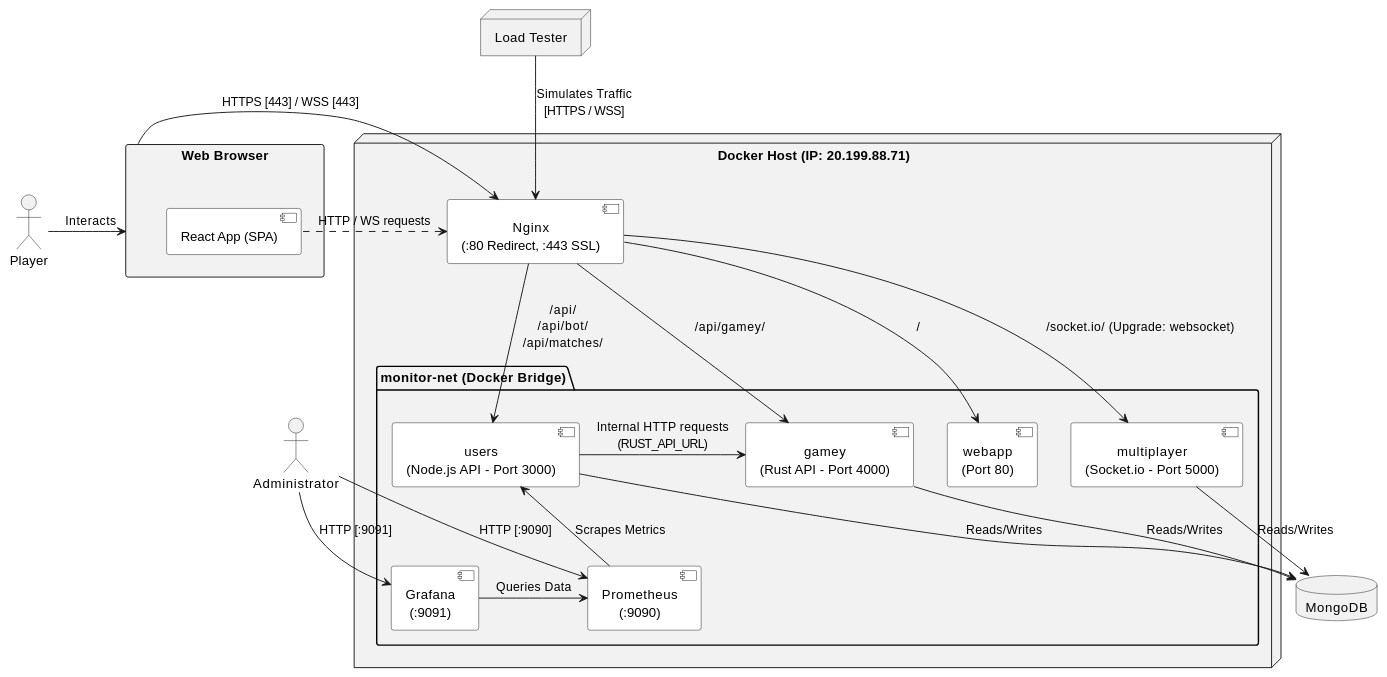
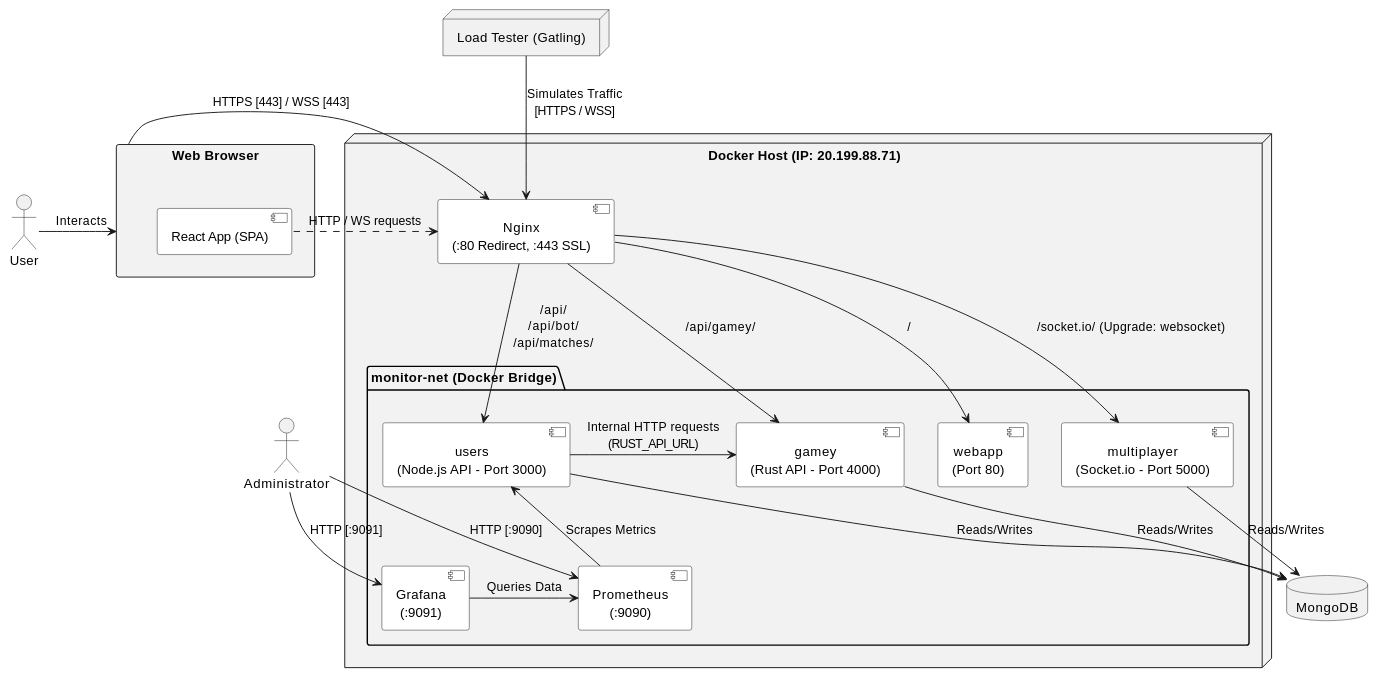
The second of 2 diagrams in docs/src/03_context_and_scope.adoc (Arquisoft/yovi_es1a), drawn with PlantUML before and after one commit. The commit also changed other lines of this file, not shown here.

```diff
--- a/docs/src/03_context_and_scope.adoc
+++ b/docs/src/03_context_and_scope.adoc
@@ -75,55 +75,55 @@
 [plantuml]
 ----
 @startuml
 skinparam componentStyle uml2
 skinparam componentBackgroundColor white
 skinparam packageBackgroundColor #F2F2F2
 skinparam defaultTextAlignment center
 
-actor "Player" as player
+actor "User" as user
 actor "Administrator" as admin
-node "Load Tester" as gatling
+node "Load Tester (Gatling)" as gatling
 
 rectangle "Web Browser" as browser {
     component "React App (SPA)" as spa
 }
 
 node "Docker Host (IP: 20.199.88.71)" {
     component "Nginx\n(:80 Redirect, :443 SSL)" as nginx
     
     package "monitor-net (Docker Bridge)" {
         component "webapp\n(Port 80)" as webapp
         component "users\n(Node.js API - Port 3000)" as users
         component "gamey\n(Rust API - Port 4000)" as gamey
         component "multiplayer\n(Socket.io - Port 5000)" as multi
 
         component "Grafana\n(:9091)" as graf
         component "Prometheus\n(:9090)" as prom
     }
 }
 
 database "MongoDB" as mongo
 
-player -> browser : Interacts
+user -> browser : Interacts
 browser -right-> nginx : HTTPS [443] / WSS [443]
 gatling -down-> nginx : Simulates Traffic\n[HTTPS / WSS]
 
 nginx --> webapp : " / "
 nginx --> users : " /api/ \n /api/bot/ \n /api/matches/ "
 nginx --> gamey : " /api/gamey/ "
 nginx --> multi : " /socket.io/ (Upgrade: websocket)"
 
 spa .up.> nginx : HTTP / WS requests
 users -right-> gamey : Internal HTTP requests\n(RUST_API_URL)
 
 users --> mongo : Reads/Writes
 gamey --> mongo : Reads/Writes
 multi --> mongo : Reads/Writes
 
 admin --> graf : HTTP [:9091]
 admin --> prom : HTTP [:9090]
 graf -> prom : Queries Data
 prom -up-> users : Scrapes Metrics
 
 @enduml
 ----
```
